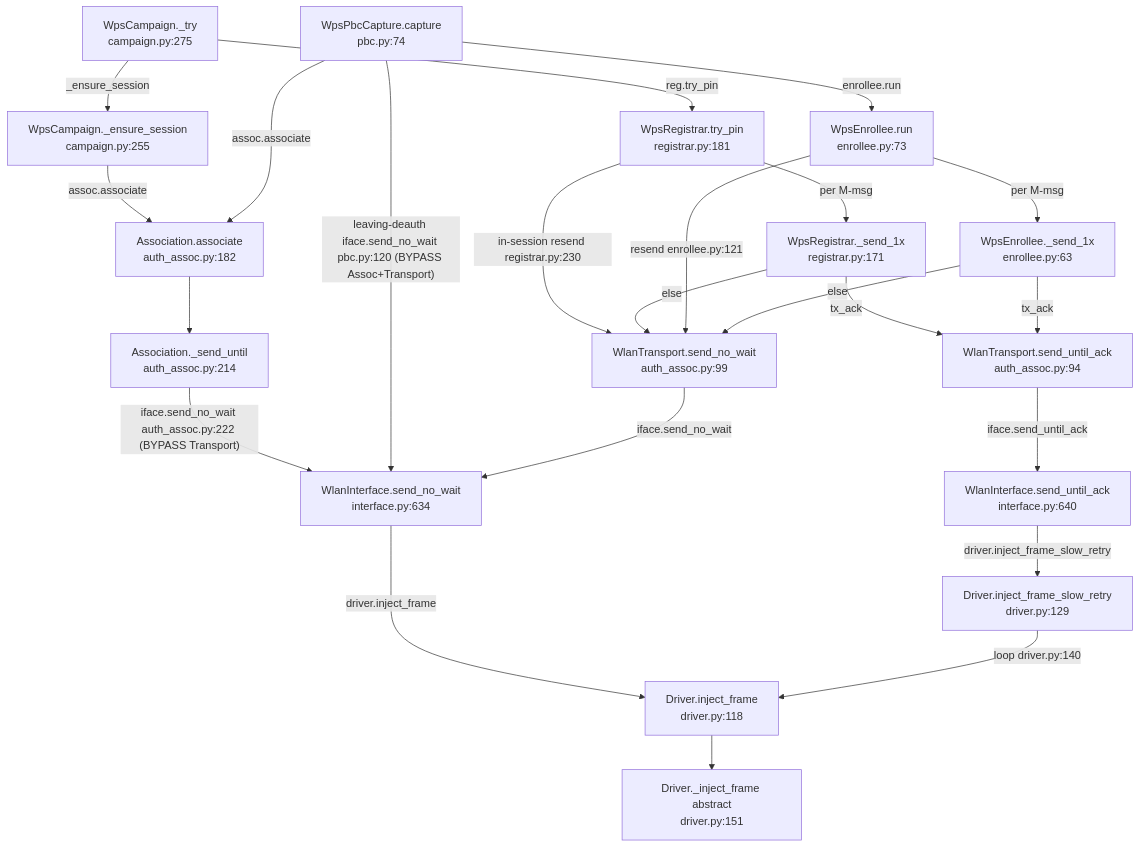
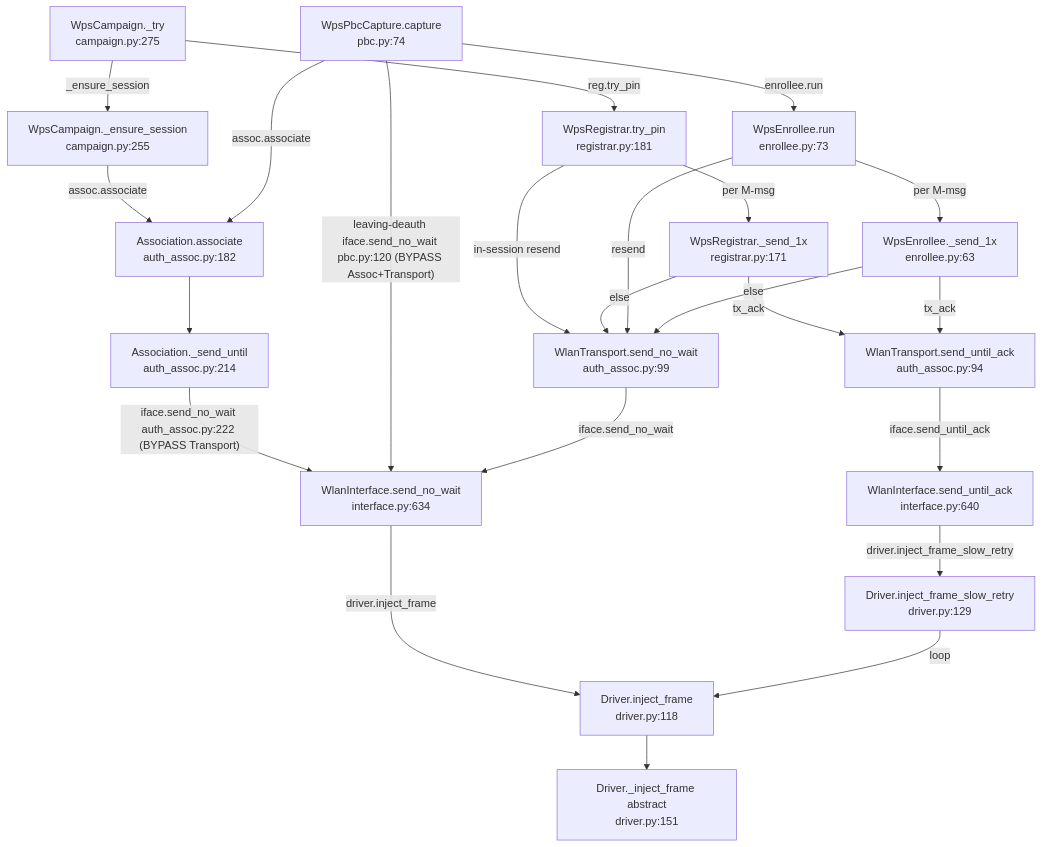
One commit to derv82/wifit3 changed the second of 2 diagrams in planning/WPS-RECON.md. Above: the diagram before and after it, drawn with Mermaid. The commit also changed other lines of this file, not shown here.

Commit message:
docs(wps): fix mermaid parse errors in the recon map
A stray second colon in the classDiagram edge labels ("direct: set_fake_mac") broke the
parser, and three flowchart edge labels carried file:line colons. Drop them; the file:line
already lives in the node boxes.

````diff
--- a/planning/WPS-RECON.md
+++ b/planning/WPS-RECON.md
@@ -112,42 +112,42 @@
 ```mermaid
 graph TD
     A1["WpsCampaign._try<br/>campaign.py:275"]
     A2["WpsCampaign._ensure_session<br/>campaign.py:255"]
     P1["WpsPbcCapture.capture<br/>pbc.py:74"]
     R1["WpsRegistrar.try_pin<br/>registrar.py:181"]
     R2["WpsRegistrar._send_1x<br/>registrar.py:171"]
     E1["WpsEnrollee.run<br/>enrollee.py:73"]
     E2["WpsEnrollee._send_1x<br/>enrollee.py:63"]
     AS1["Association.associate<br/>auth_assoc.py:182"]
     AS2["Association._send_until<br/>auth_assoc.py:214"]
     T1["WlanTransport.send_until_ack<br/>auth_assoc.py:94"]
     T2["WlanTransport.send_no_wait<br/>auth_assoc.py:99"]
     I1["WlanInterface.send_until_ack<br/>interface.py:640"]
     I2["WlanInterface.send_no_wait<br/>interface.py:634"]
     D1["Driver.inject_frame_slow_retry<br/>driver.py:129"]
     D2["Driver.inject_frame<br/>driver.py:118"]
     D3["Driver._inject_frame abstract<br/>driver.py:151"]
 
     A1 -->|reg.try_pin| R1
     R1 -->|per M-msg| R2
-    R1 -->|in-session resend registrar.py:230| T2
+    R1 -->|in-session resend| T2
     R2 -->|tx_ack| T1
     R2 -->|else| T2
     A1 -->|_ensure_session| A2
     A2 -->|assoc.associate| AS1
     P1 -->|assoc.associate| AS1
     AS1 --> AS2
     AS2 -->|"iface.send_no_wait auth_assoc.py:222 (BYPASS Transport)"| I2
     P1 -->|enrollee.run| E1
     E1 -->|per M-msg| E2
-    E1 -->|resend enrollee.py:121| T2
+    E1 -->|resend| T2
     E2 -->|tx_ack| T1
     E2 -->|else| T2
     P1 -->|"leaving-deauth iface.send_no_wait pbc.py:120 (BYPASS Assoc+Transport)"| I2
     T1 -->|iface.send_until_ack| I1
     T2 -->|iface.send_no_wait| I2
     I1 -->|driver.inject_frame_slow_retry| D1
     I2 -->|driver.inject_frame| D2
-    D1 -->|loop driver.py:140| D2
+    D1 -->|loop| D2
     D2 --> D3
 ```
````
